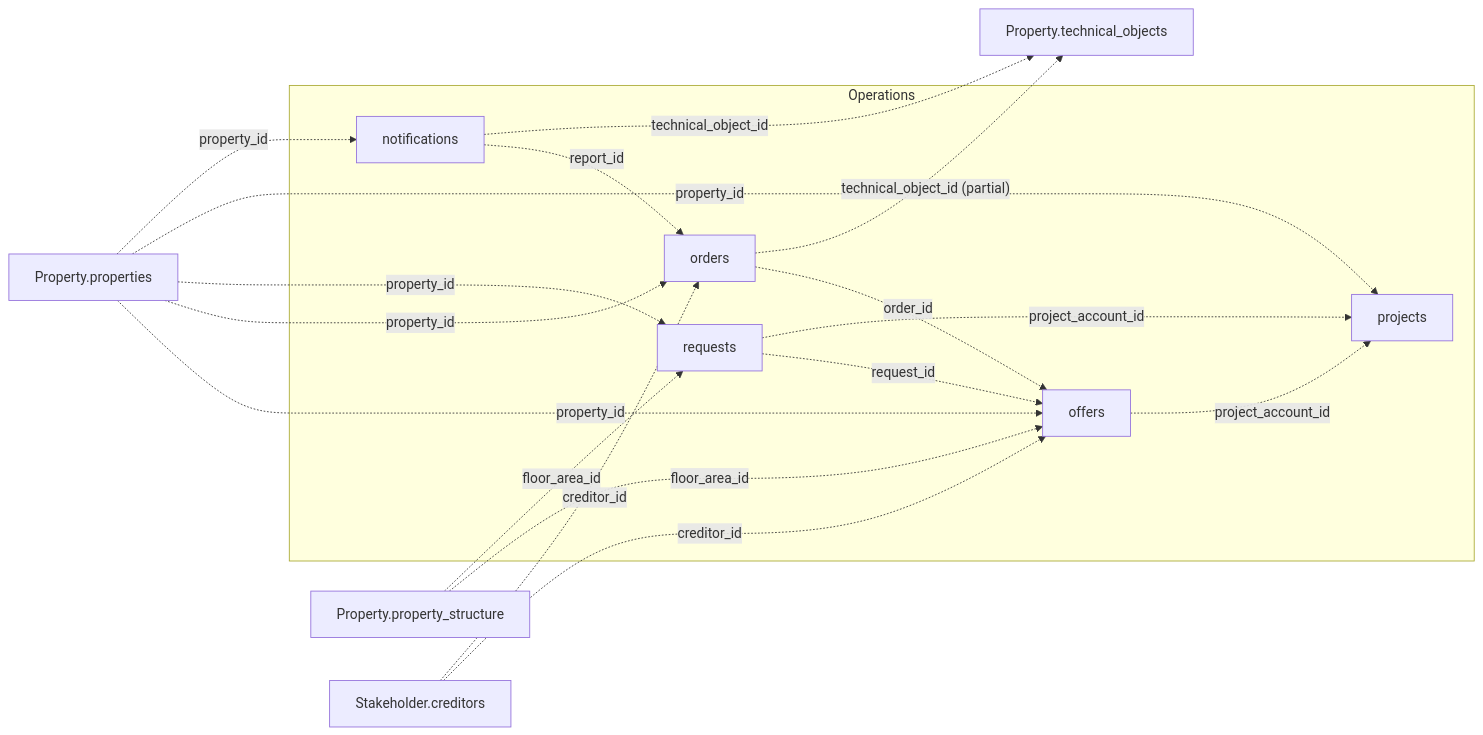
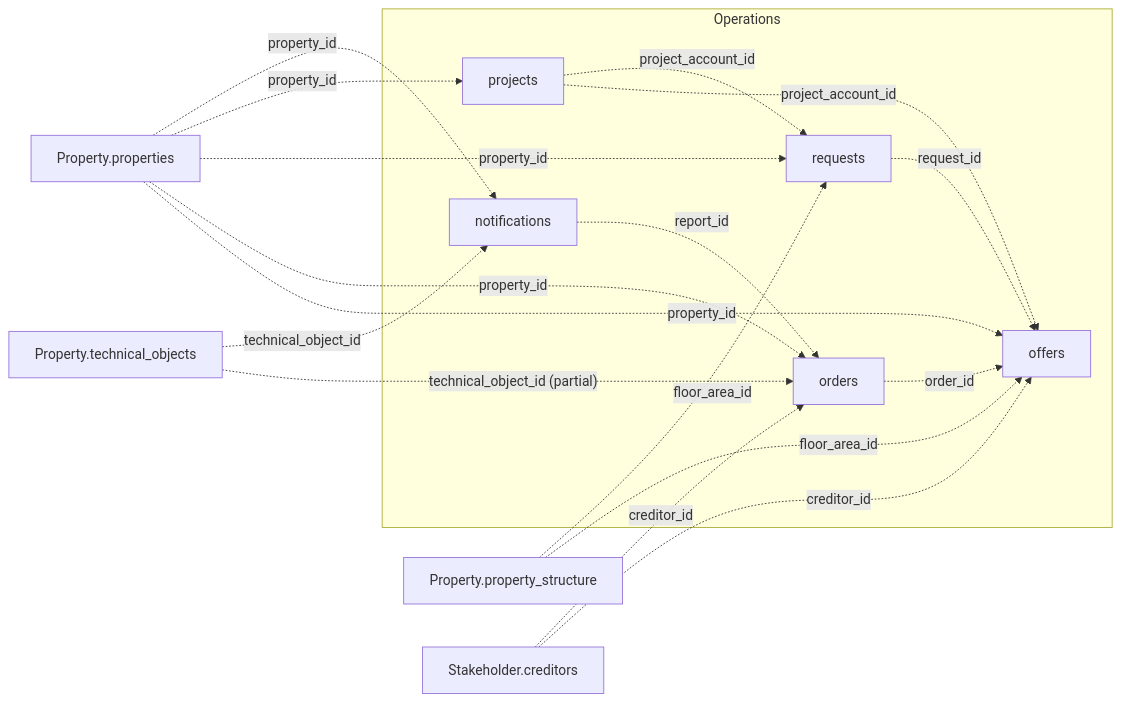
Before and after one commit to Trassets-ai/api-docs: the diagram in v1/data-model/operations.mdx, drawn with Mermaid. The commit also changed other lines of this file and 5 other files, not shown here.

````diff
--- a/v1/data-model/operations.mdx
+++ b/v1/data-model/operations.mdx
@@ -12,32 +10,32 @@
 ```mermaid
 graph LR
   subgraph Operations
     notifications["notifications"]
     offers["offers"]
     orders["orders"]
     projects["projects"]
     requests["requests"]
   end
 
   properties["Property.properties"]
   technical_objects["Property.technical_objects"]
   property_structure["Property.property_structure"]
   creditor["Stakeholder.creditors"]
 
   properties -.->|property_id| notifications
   properties -.->|property_id| projects
   properties -.->|property_id| requests
-  requests -.->|project_account_id| projects
-  notifications -.->|technical_object_id| technical_objects
+  projects -.->|project_account_id| requests
+  technical_objects -.->|technical_object_id| notifications
   properties -.->|property_id| orders
   notifications -.->|report_id| orders
   creditor -.->|creditor_id| orders
-  orders -.->|"technical_object_id (partial)"| technical_objects
+  technical_objects -.->|"technical_object_id (partial)"| orders
   properties -.->|property_id| offers
   requests -.->|request_id| offers
   creditor -.->|creditor_id| offers
   orders -.->|order_id| offers
-  offers -.->|project_account_id| projects
+  projects -.->|project_account_id| offers
   property_structure -.->|floor_area_id| requests
   property_structure -.->|floor_area_id| offers
 ```
````
